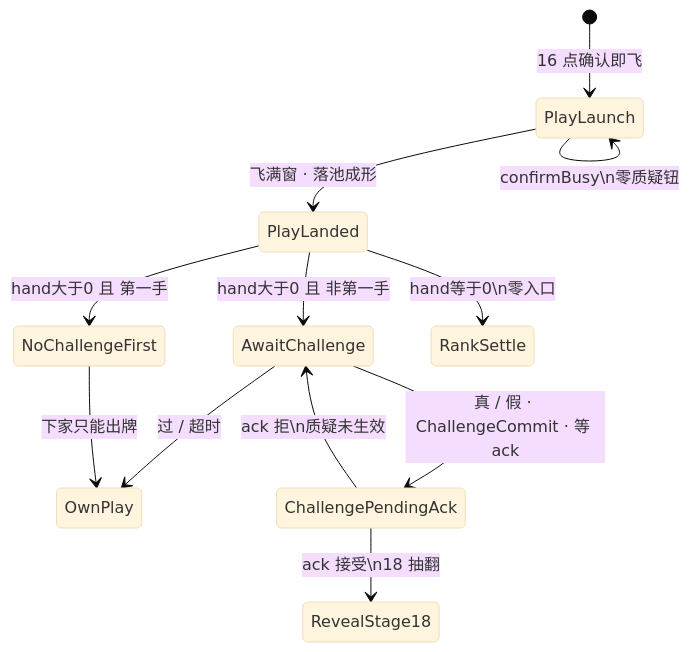
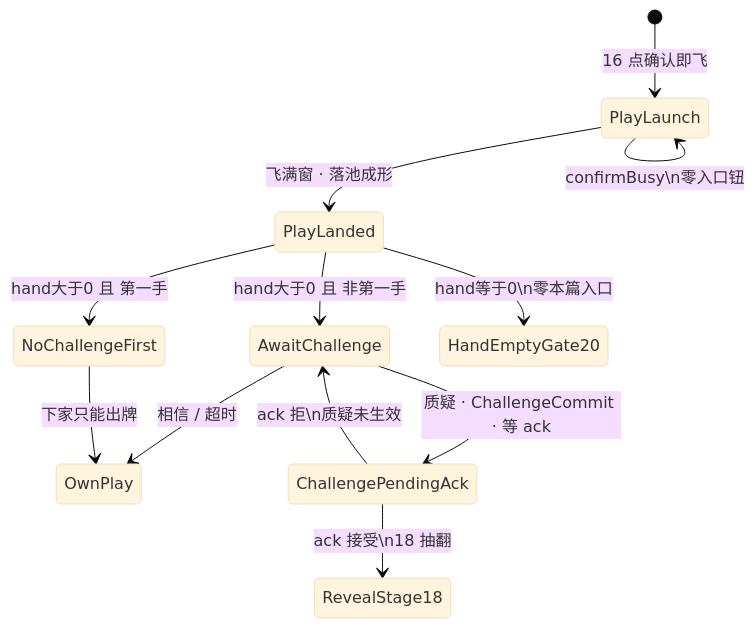
Before and after one commit to xubin0903/LiarBar: the diagram in docs/04-设计/17-局内质疑入口规格.md, drawn with Mermaid (base theme). The commit also changed other lines of this file and 5 other files, not shown here.

````diff
--- a/docs/04-设计/17-局内质疑入口规格.md
+++ b/docs/04-设计/17-局内质疑入口规格.md
@@ -89,14 +100,14 @@
 ```mermaid
 stateDiagram-v2
   [*] --> PlayLaunch: 16 点确认即飞
   PlayLaunch --> PlayLanded: 飞满窗 · 落池成形
-  PlayLaunch --> PlayLaunch: confirmBusy\n零质疑钮
+  PlayLaunch --> PlayLaunch: confirmBusy\n零入口钮
   PlayLanded --> AwaitChallenge: hand大于0 且 非第一手
   PlayLanded --> NoChallengeFirst: hand大于0 且 第一手
-  PlayLanded --> RankSettle: hand等于0\n零入口
-  AwaitChallenge --> OwnPlay: 过 / 超时
-  AwaitChallenge --> ChallengePendingAck: 真 / 假 · ChallengeCommit · 等 ack
+  PlayLanded --> HandEmptyGate20: hand等于0\n零本篇入口
+  AwaitChallenge --> OwnPlay: 相信 / 超时
+  AwaitChallenge --> ChallengePendingAck: 质疑 · ChallengeCommit · 等 ack
   ChallengePendingAck --> RevealStage18: ack 接受\n18 抽翻
   ChallengePendingAck --> AwaitChallenge: ack 拒\n质疑未生效
   NoChallengeFirst --> OwnPlay: 下家只能出牌
 ```
````
